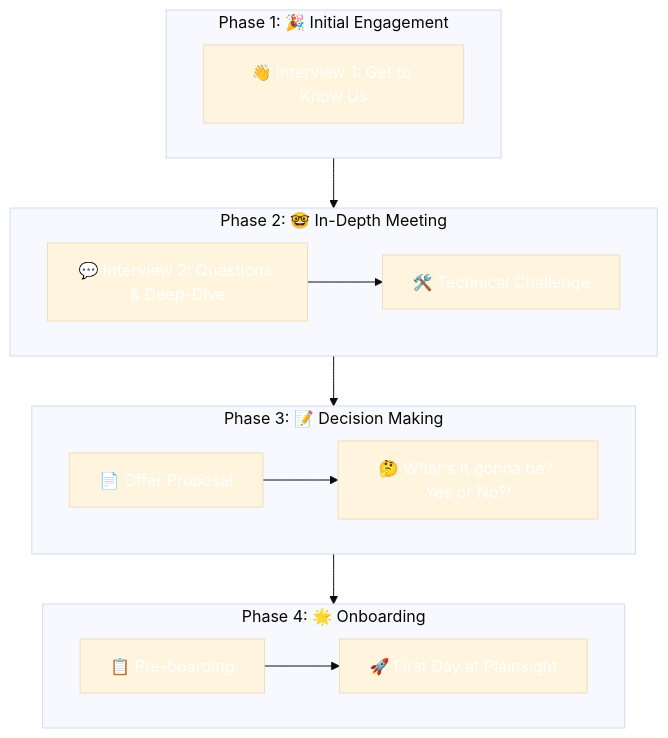
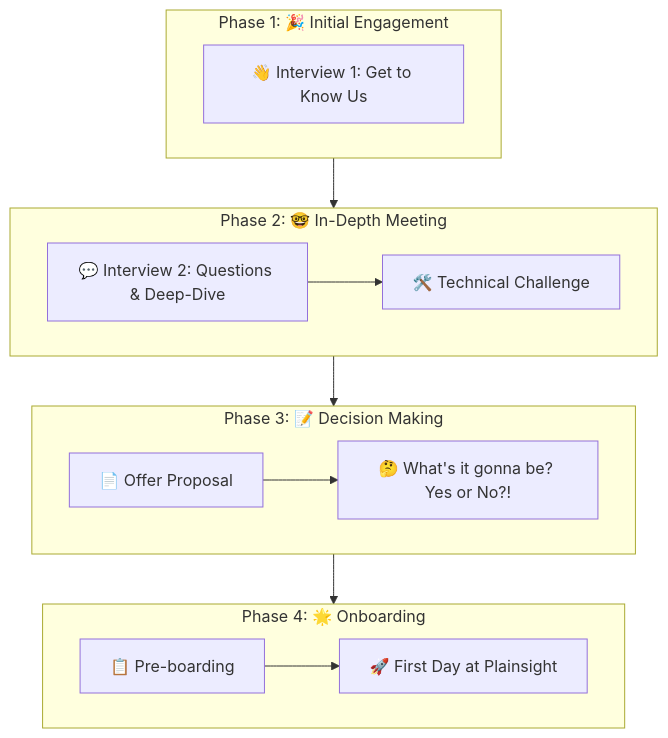
One commit to PlainsightPro/Vision-Playbook changed the diagram in docs/people-ops/pre-boarding-and-hiring.md. Above: the diagram before and after it, drawn with Mermaid. The commit also changed other lines of this file and 29 other files, not shown here.

````diff
--- a/docs/people-ops/pre-boarding-and-hiring.md
+++ b/docs/people-ops/pre-boarding-and-hiring.md
@@ -10,28 +10,27 @@
 ```mermaid
-%%{init: { "theme": "base", "themeVariables": { "primaryTextColor": "#FFFFFF" } } }%%
+%%{init: { "flowchart": { "useMaxWidth": true } } }%%
 graph TB;
     subgraph A[Phase 1: 🎉 Initial Engagement]
         A1[👋 Interview 1: Get to Know Us]
     end
     
     subgraph B[Phase 2: 🤓 In-Depth Meeting]
         direction LR
         B1[💬 Interview 2: Questions & Deep-Dive] 
         B2[🛠️ Technical Challenge]
     end
 
     subgraph C[Phase 3: 📝 Decision Making]
         direction LR
         C1[📄 Offer Proposal] --> C2[🤔 What's it gonna be? Yes or No?!]
     end
 
     subgraph D[Phase 4: 🌟 Onboarding]
         direction LR
         D1[📋 Pre-boarding] --> D2[🚀 First Day at Plainsight]
     end
 
     A --> B --> C --> D
     B1 --> B2
-    
-    classDef outerBox fill:#D5693A,stroke:#BD5428,stroke-width:1px,color:#FFFFFF;
+
 ```
````
